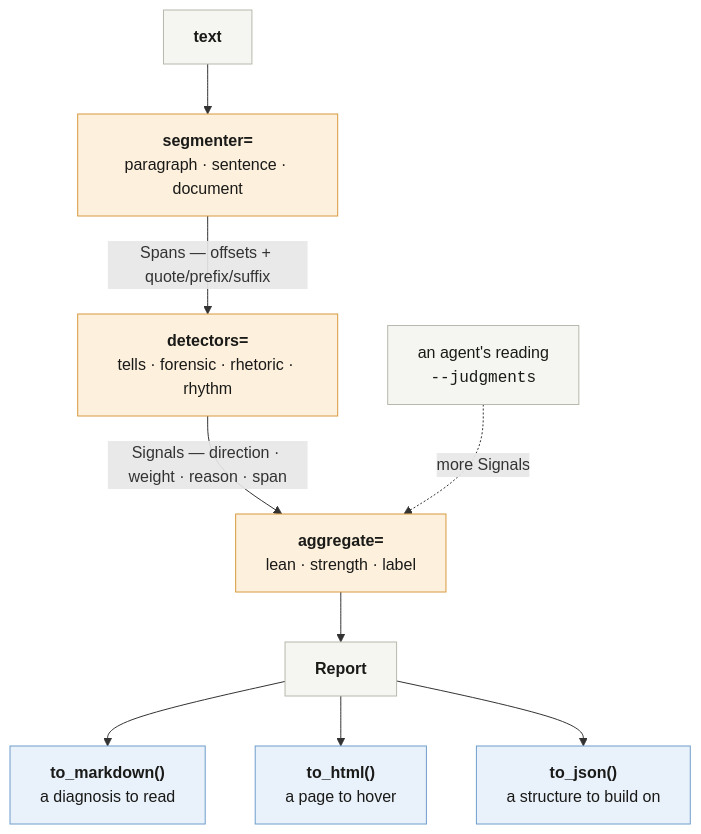
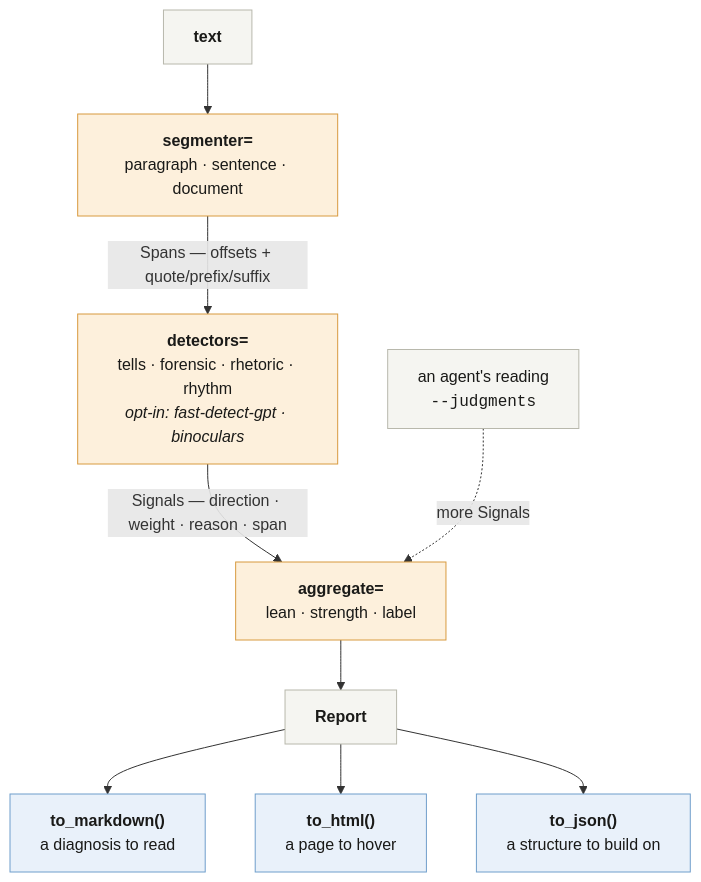
One commit to thorwhalen/ductus changed the diagram in README.md. Above: the diagram before and after it, drawn with Mermaid. The commit also changed other lines of this file and 9 other files, not shown here.

First line of the commit message:
feat(detect): Fast-DetectGPT and Binoculars behind the [local] extra (Phase 1) (#2)

````diff
--- a/README.md
+++ b/README.md
@@ -54,18 +70,18 @@
 ```mermaid
 flowchart TD
   TXT["<b>text</b>"] --> SEG["<b>segmenter=</b><br/>paragraph · sentence · document"]
-  SEG -->|"Spans — offsets + quote/prefix/suffix"| DET["<b>detectors=</b><br/>tells · forensic · rhetoric · rhythm"]
+  SEG -->|"Spans — offsets + quote/prefix/suffix"| DET["<b>detectors=</b><br/>tells · forensic · rhetoric · rhythm<br/><i>opt-in: fast-detect-gpt · binoculars</i>"]
   DET -->|"Signals — direction · weight · reason · span"| AGG["<b>aggregate=</b><br/>lean · strength · label"]
   JUD["an agent's reading<br/><code>--judgments</code>"] -.->|"more Signals"| AGG
   AGG --> REP["<b>Report</b>"]
   REP --> MD["<b>to_markdown()</b><br/>a diagnosis to read"]
   REP --> HTML["<b>to_html()</b><br/>a page to hover"]
   REP --> JSON["<b>to_json()</b><br/>a structure to build on"]
 
   classDef seam fill:#fdf0dc,stroke:#d89a3f,color:#1a1a18;
   classDef out fill:#e9f1fa,stroke:#6f9ecb,color:#1a1a18;
   classDef plain fill:#f5f5f1,stroke:#b8b8ac,color:#1a1a18;
   class SEG,DET,AGG seam;
   class MD,HTML,JSON out;
   class TXT,REP,JUD plain;
 ```
````
